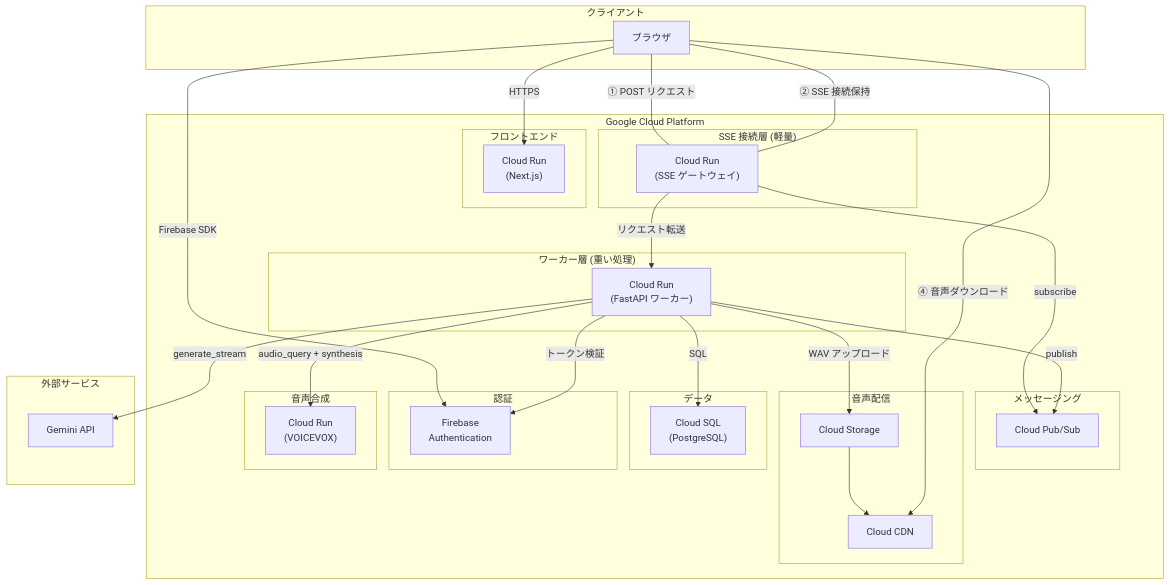
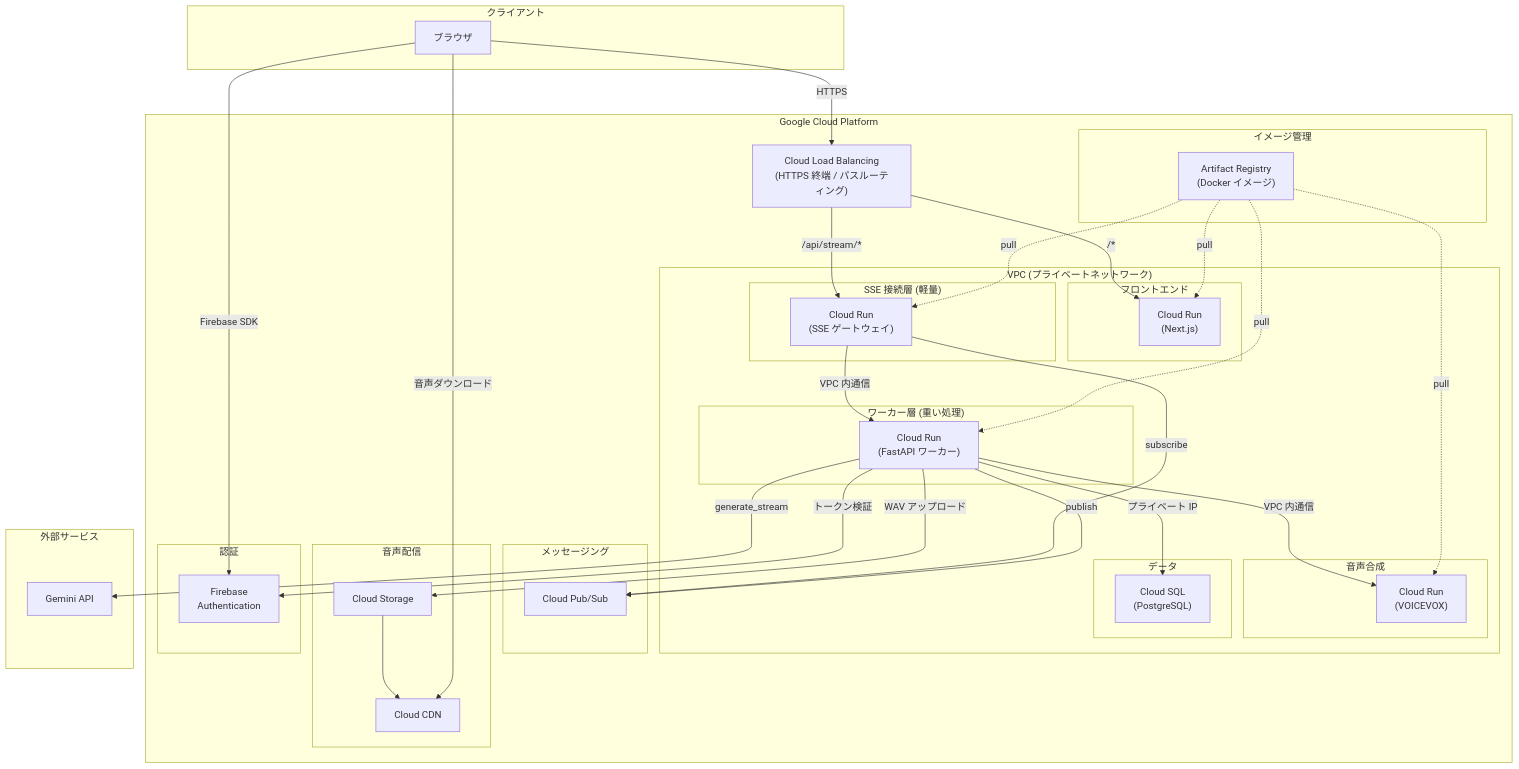
Before and after one commit to yudai3141/AudienceRoom: the first of 2 diagrams in docs/cloud/phase2_scaling.md, drawn with Mermaid. The commit also changed other lines of this file and 1 other file, not shown here.

Commit message:
docs: add Cloud Load Balancing, VPC, Artifact Registry to architecture diagrams
- Cloud Load Balancing: HTTPS 終端、パスルーティング、SSE タイムアウト
- VPC: Cloud SQL / VOICEVOX / FastAPI 間のプライベート通信
- Artifact Registry: Docker イメージの管理
- シーケンス図にも LB 経由の通信経路を反映

````diff
--- a/docs/cloud/phase2_scaling.md
+++ b/docs/cloud/phase2_scaling.md
@@ -14,62 +14,76 @@
 ```mermaid
 flowchart TB
     subgraph Client["クライアント"]
         Browser["ブラウザ"]
     end
 
     subgraph GCP["Google Cloud Platform"]
-        subgraph Frontend["フロントエンド"]
-            CloudRun_FE["Cloud Run<br/>(Next.js)"]
-        end
+        LB["Cloud Load Balancing<br/>(HTTPS 終端 / パスルーティング)"]
 
-        subgraph SSELayer["SSE 接続層 (軽量)"]
-            CloudRun_GW["Cloud Run<br/>(SSE ゲートウェイ)"]
-        end
+        subgraph VPC["VPC (プライベートネットワーク)"]
+            subgraph Frontend["フロントエンド"]
+                CloudRun_FE["Cloud Run<br/>(Next.js)"]
+            end
 
-        subgraph Worker["ワーカー層 (重い処理)"]
-            CloudRun_WK["Cloud Run<br/>(FastAPI ワーカー)"]
+            subgraph SSELayer["SSE 接続層 (軽量)"]
+                CloudRun_GW["Cloud Run<br/>(SSE ゲートウェイ)"]
+            end
+
+            subgraph Worker["ワーカー層 (重い処理)"]
+                CloudRun_WK["Cloud Run<br/>(FastAPI ワーカー)"]
+            end
+
+            subgraph TTS["音声合成"]
+                CloudRun_VV["Cloud Run<br/>(VOICEVOX)"]
+            end
+
+            subgraph Data["データ"]
+                CloudSQL["Cloud SQL<br/>(PostgreSQL)"]
+            end
         end
 
         subgraph Messaging["メッセージング"]
             PubSub["Cloud Pub/Sub"]
         end
 
         subgraph Storage["音声配信"]
             GCS["Cloud Storage"]
             CDN["Cloud CDN"]
         end
 
-        subgraph Data["データ"]
-            CloudSQL["Cloud SQL<br/>(PostgreSQL)"]
+        subgraph CI["イメージ管理"]
+            AR["Artifact Registry<br/>(Docker イメージ)"]
         end
 
         subgraph Auth["認証"]
             FirebaseAuth["Firebase<br/>Authentication"]
-        end
-
-        subgraph TTS["音声合成"]
-            CloudRun_VV["Cloud Run<br/>(VOICEVOX)"]
         end
     end
 
     subgraph External["外部サービス"]
         LLM["Gemini API"]
     end
 
-    Browser -->|HTTPS| CloudRun_FE
+    Browser -->|HTTPS| LB
+    LB -->|"/*"| CloudRun_FE
+    LB -->|"/api/stream/*"| CloudRun_GW
     Browser -->|Firebase SDK| FirebaseAuth
-    Browser ---|"① POST リクエスト"| CloudRun_GW
-    CloudRun_GW ---|"② SSE 接続保持"| Browser
+
     CloudRun_GW -->|subscribe| PubSub
-    CloudRun_GW -->|"リクエスト転送"| CloudRun_WK
+    CloudRun_GW -->|"VPC 内通信"| CloudRun_WK
 
     CloudRun_WK -->|publish| PubSub
-    CloudRun_WK -->|SQL| CloudSQL
+    CloudRun_WK -->|"プライベート IP"| CloudSQL
     CloudRun_WK -->|generate_stream| LLM
-    CloudRun_WK -->|audio_query + synthesis| CloudRun_VV
+    CloudRun_WK -->|"VPC 内通信"| CloudRun_VV
     CloudRun_WK -->|"WAV アップロード"| GCS
     CloudRun_WK -->|トークン検証| FirebaseAuth
 
     GCS --> CDN
-    Browser -->|"④ 音声ダウンロード"| CDN
+    Browser -->|"音声ダウンロード"| CDN
+
+    AR -.->|pull| CloudRun_FE
+    AR -.->|pull| CloudRun_GW
+    AR -.->|pull| CloudRun_WK
+    AR -.->|pull| CloudRun_VV
 ```
````
